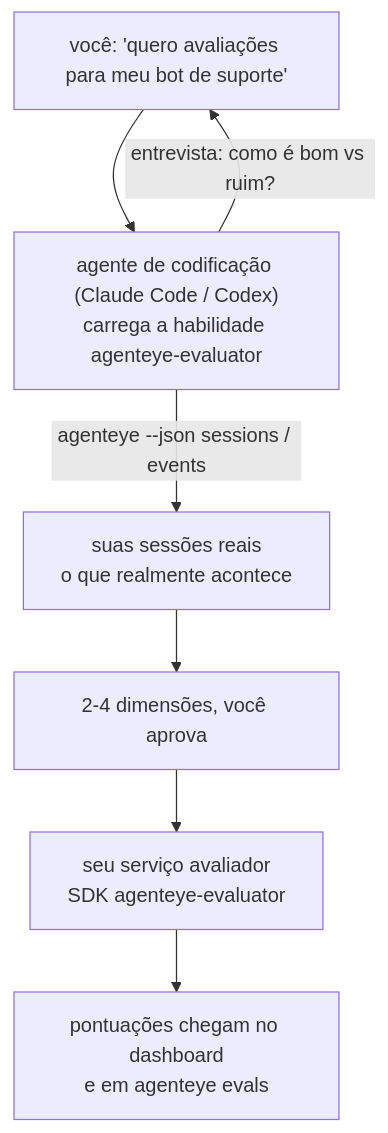
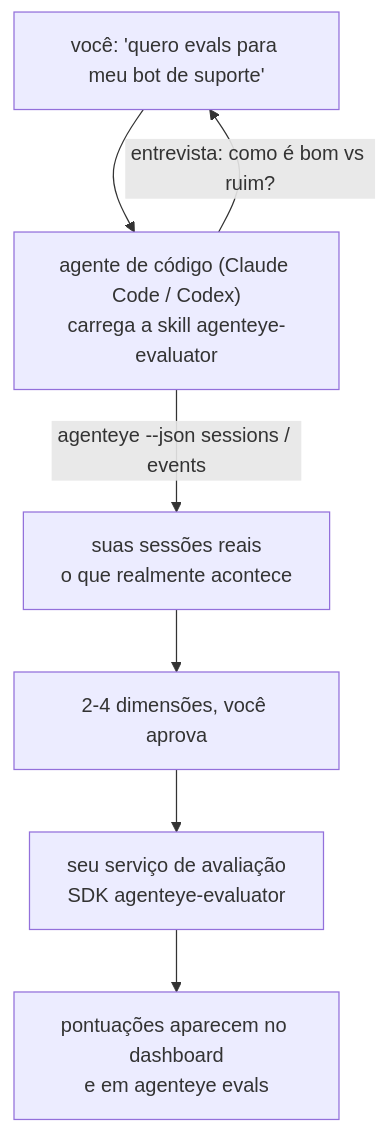
Before and after one commit to FailproofAI/failproofai: the diagram in docs/pt-br/agenteye/evaluator-skill.mdx, drawn with Mermaid. The commit also changed other lines of this file and 678 other files, not shown here.

````diff
--- a/docs/pt-br/agenteye/evaluator-skill.mdx
+++ b/docs/pt-br/agenteye/evaluator-skill.mdx
@@ -21,9 +21,9 @@
 ```mermaid
 flowchart TD
-    YOU["você: 'quero avaliações para meu bot de suporte'"] --> AGENT["agente de codificação (Claude Code / Codex)<br/>carrega a habilidade agenteye-evaluator"]
+    YOU["você: 'quero evals para meu bot de suporte'"] --> AGENT["agente de código (Claude Code / Codex)<br/>carrega a skill agenteye-evaluator"]
     AGENT -->|"entrevista: como é bom vs ruim?"| YOU
     AGENT -->|"agenteye --json sessions / events"| DATA["suas sessões reais<br/>o que realmente acontece"]
     DATA --> DIMS["2-4 dimensões, você aprova"]
-    DIMS --> SVC["seu serviço avaliador<br/>SDK agenteye-evaluator"]
-    SVC --> SCORES["pontuações chegam no dashboard<br/>e em agenteye evals"]
+    DIMS --> SVC["seu serviço de avaliação<br/>SDK agenteye-evaluator"]
+    SVC --> SCORES["pontuações aparecem no dashboard<br/>e em agenteye evals"]
 ```
````
